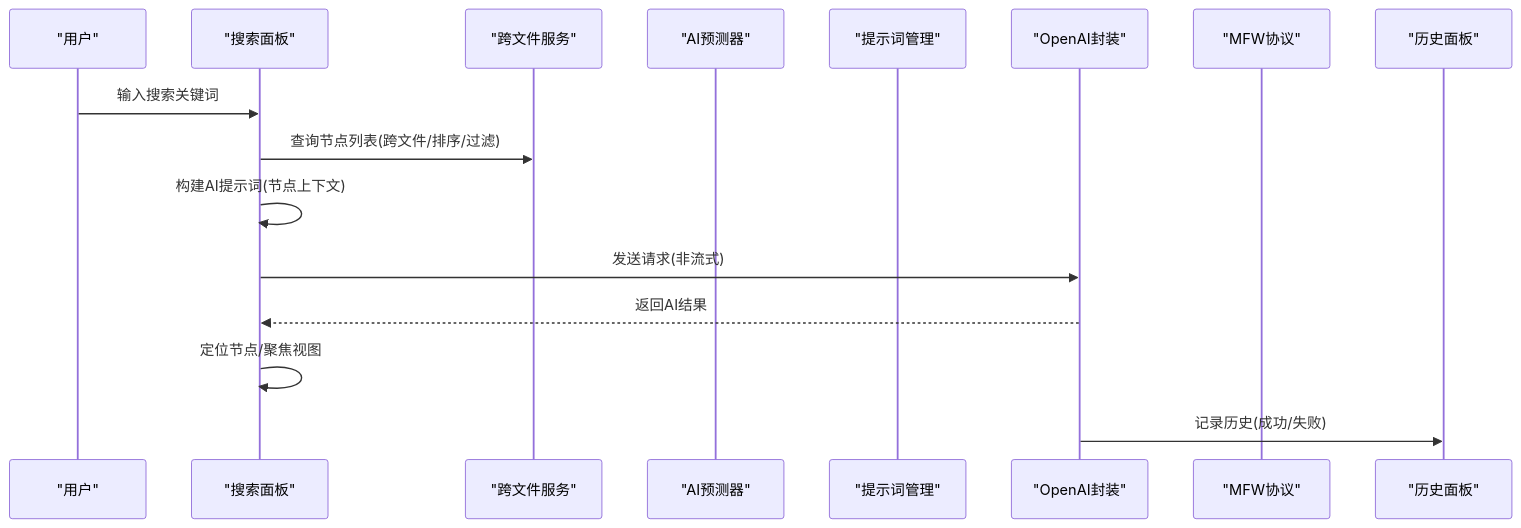
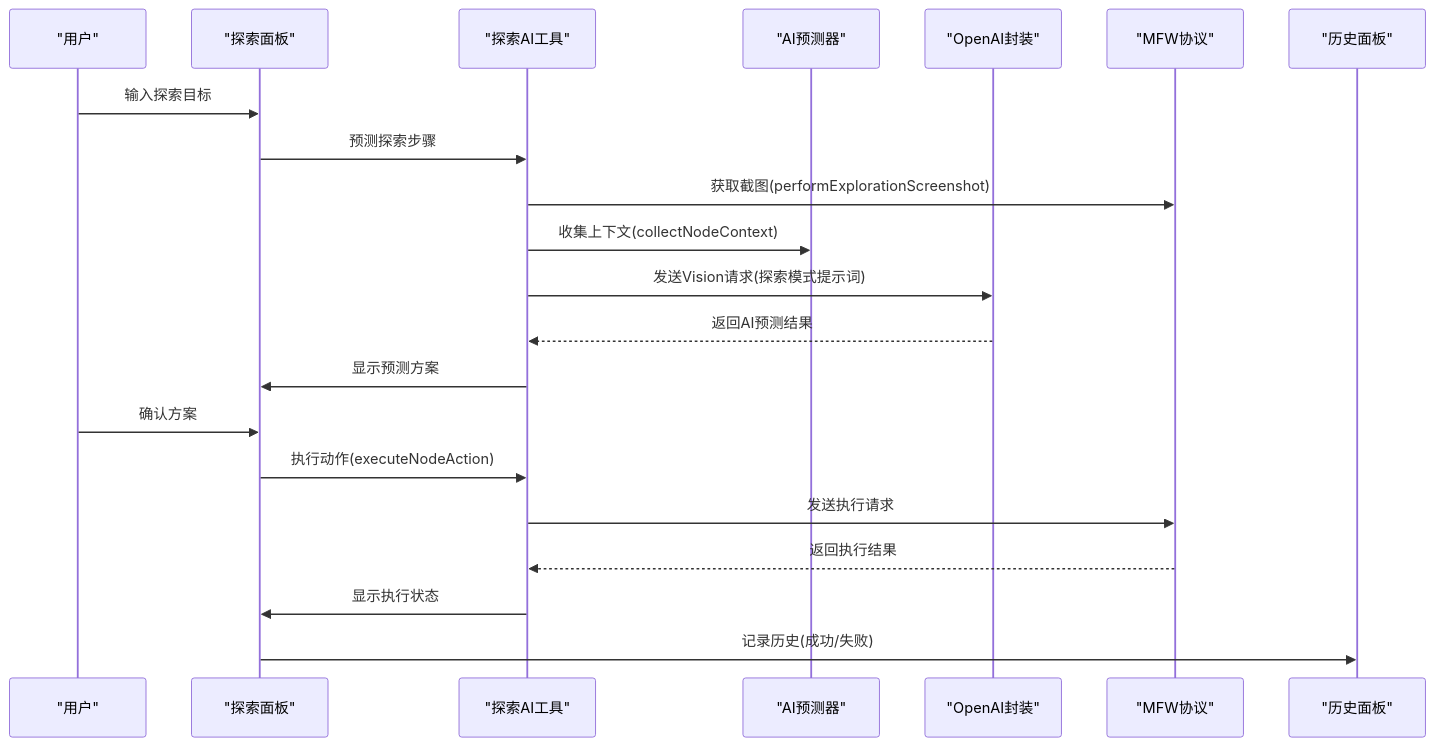
One commit to kqcoxn/MaaPipelineEditor changed the second of 11 diagrams in .qoder/repowiki/zh/content/AI辅助功能/AI辅助功能.md. Above: the diagram before and after it, drawn with Mermaid. The commit also changed other lines of this file and 8 other files, not shown here.

````diff
--- a/.qoder/repowiki/zh/content/AI辅助功能/AI辅助功能.md
+++ b/.qoder/repowiki/zh/content/AI辅助功能/AI辅助功能.md
@@ -110,18 +135,23 @@
 ```mermaid
 sequenceDiagram
 participant U as "用户"
-participant SP as "搜索面板"
-participant CFS as "跨文件服务"
+participant EP as "探索面板"
+participant EXPAI as "探索AI工具"
 participant AIP as "AI预测器"
-participant AIPROMPT as "提示词管理"
 participant OA as "OpenAI封装"
 participant MFW as "MFW协议"
 participant HIS as "历史面板"
-U->>SP : 输入搜索关键词
-SP->>CFS : 查询节点列表(跨文件/排序/过滤)
-SP->>SP : 构建AI提示词(节点上下文)
-SP->>OA : 发送请求(非流式)
-OA-->>SP : 返回AI结果
-SP->>SP : 定位节点/聚焦视图
-OA->>HIS : 记录历史(成功/失败)
+U->>EP : 输入探索目标
+EP->>EXPAI : 预测探索步骤
+EXPAI->>MFW : 获取截图(performExplorationScreenshot)
+EXPAI->>AIP : 收集上下文(collectNodeContext)
+EXPAI->>OA : 发送Vision请求(探索模式提示词)
+OA-->>EXPAI : 返回AI预测结果
+EXPAI->>EP : 显示预测方案
+U->>EP : 确认方案
+EP->>EXPAI : 执行动作(executeNodeAction)
+EXPAI->>MFW : 发送执行请求
+MFW-->>EXPAI : 返回执行结果
+EXPAI->>EP : 显示执行状态
+EP->>HIS : 记录历史(成功/失败)
 ```
````
